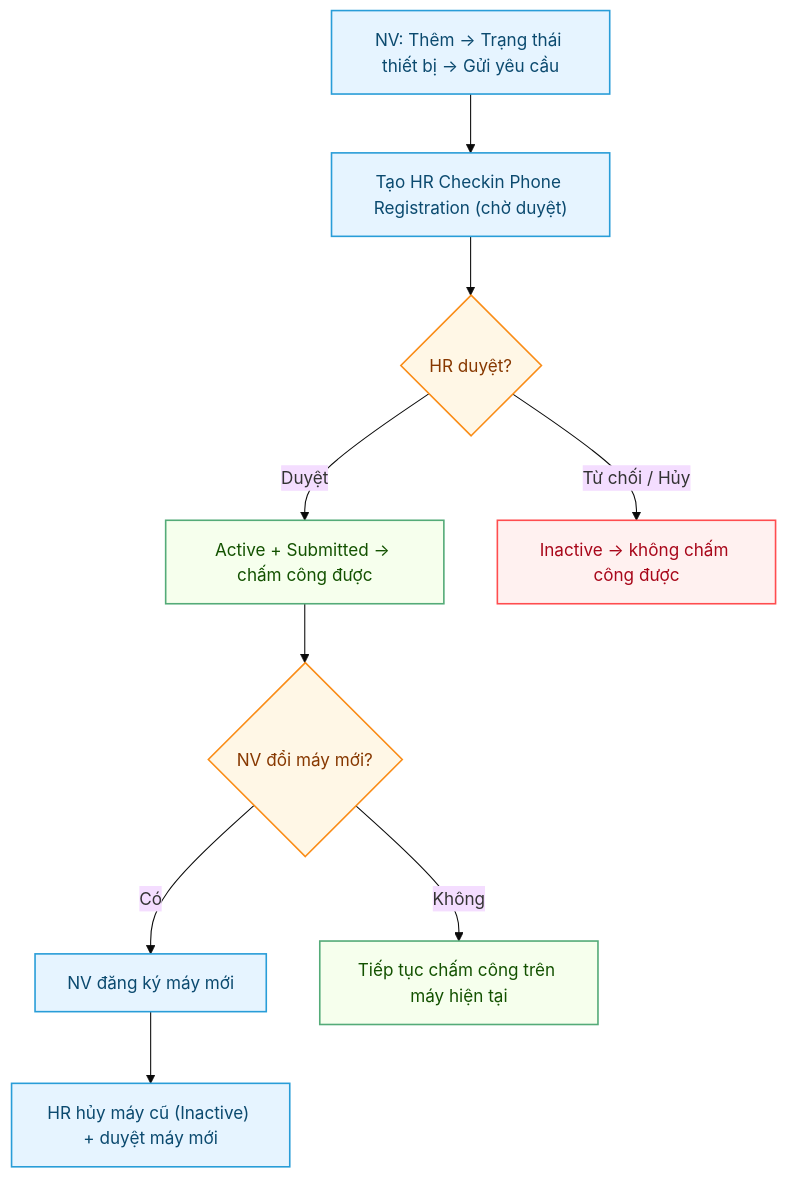
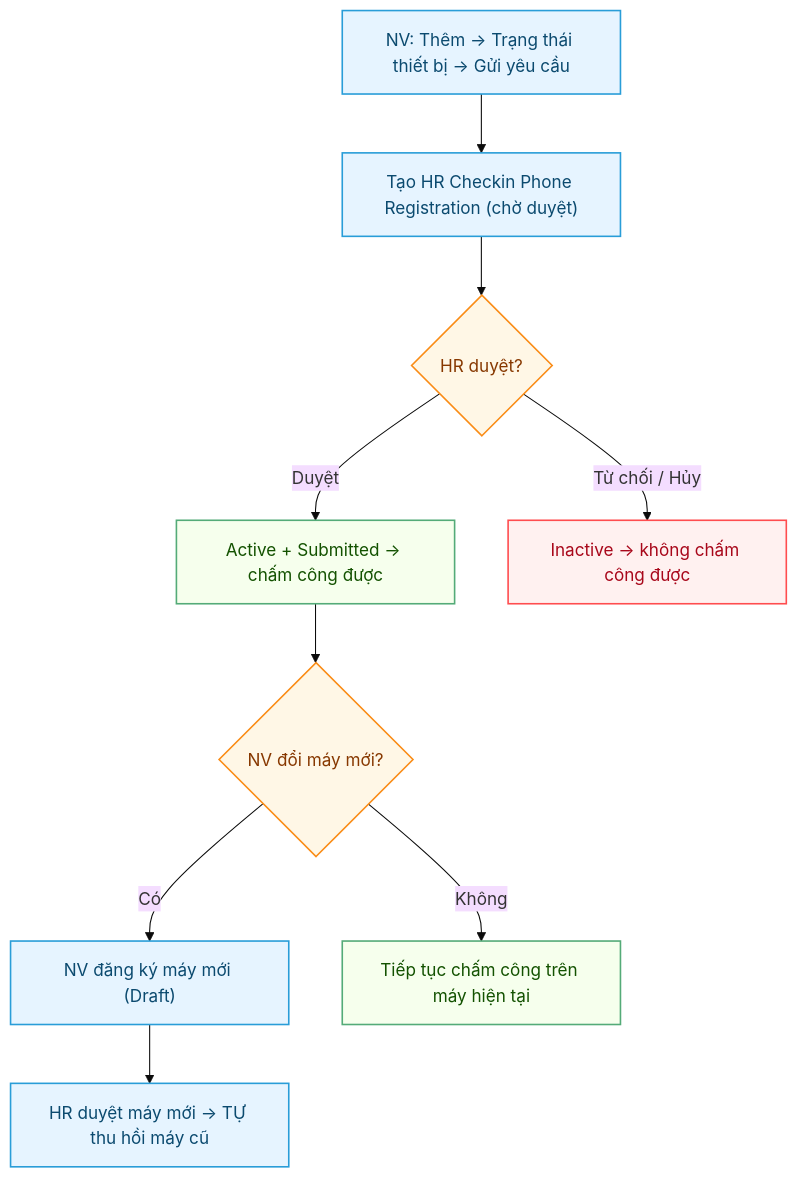
One commit to CobeGroup/cobe_erp_documents changed the diagram in users/HR-Checkin-Phone-Registration.md. Above: the diagram before and after it, drawn with Mermaid. The commit also changed other lines of this file and 1 other file, not shown here.

First line of the commit message:
docs: cập nhật cơ chế đăng ký thiết bị — device_id + ký challenge

````diff
--- a/users/HR-Checkin-Phone-Registration.md
+++ b/users/HR-Checkin-Phone-Registration.md
@@ -20,22 +22,22 @@
 ```mermaid
 %%{init: {'theme':'base','themeVariables':{'fontSize':'16px'},'flowchart':{'nodeSpacing':50,'rankSpacing':55}}}%%
 flowchart TD
   classDef process fill:#e6f4ff,stroke:#299dd8,stroke-width:1.5px,color:#0b4a6f;
   classDef decision fill:#fff7e6,stroke:#fa8c16,stroke-width:1.5px,color:#873800;
   classDef good fill:#f6ffed,stroke:#54ab78,stroke-width:1.5px,color:#135200;
   classDef bad fill:#fff1f0,stroke:#ff4d4f,stroke-width:1.5px,color:#a8071a;
 
   A["NV: Thêm → Trạng thái thiết bị → Gửi yêu cầu"] --> B["Tạo HR Checkin Phone Registration (chờ duyệt)"]
   B --> C{"HR duyệt?"}
   C -- "Duyệt" --> D["Active + Submitted → chấm công được"]
   C -- "Từ chối / Hủy" --> E["Inactive → không chấm công được"]
   D --> F{"NV đổi máy mới?"}
-  F -- "Có" --> G["NV đăng ký máy mới"]
-  G --> H["HR hủy máy cũ (Inactive) + duyệt máy mới"]
+  F -- "Có" --> G["NV đăng ký máy mới (Draft)"]
+  G --> H["HR duyệt máy mới → TỰ thu hồi máy cũ"]
   F -- "Không" --> I["Tiếp tục chấm công trên máy hiện tại"]
 
   class A,B,G,H process
   class C,F decision
   class D,I good
   class E bad
 ```
````
